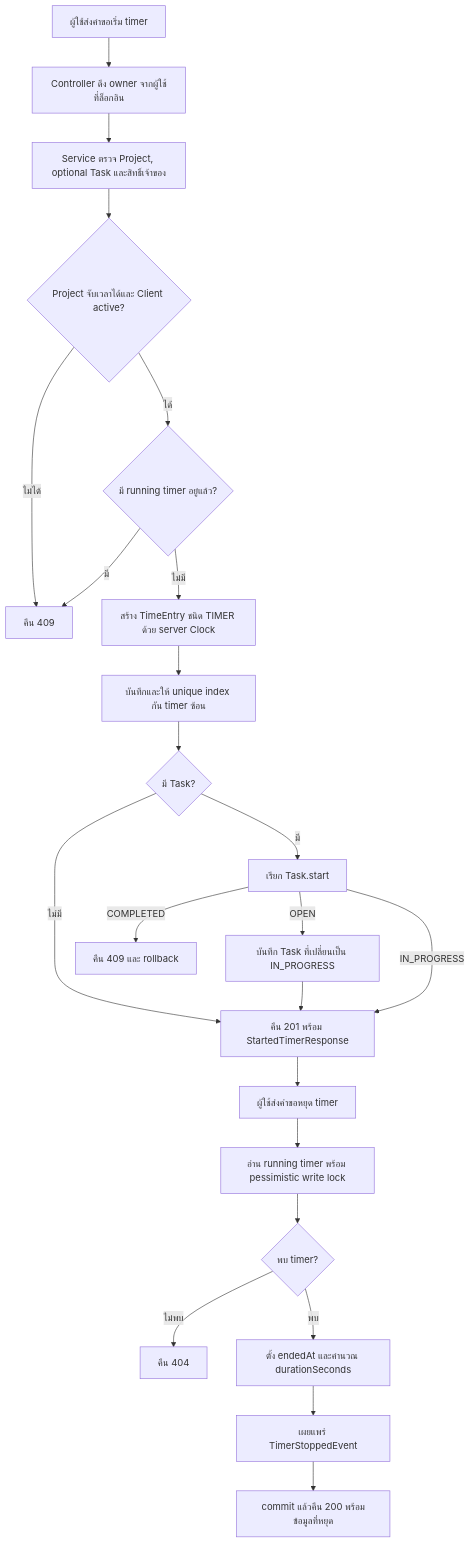
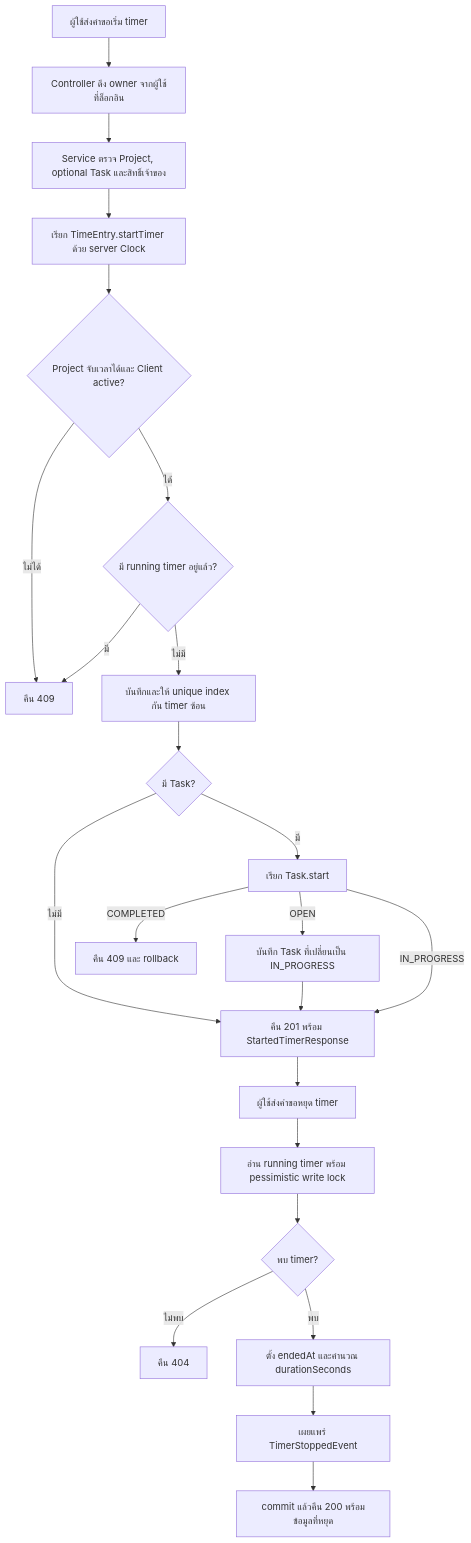
The second of 2 diagrams in doc/V1/DESIGN/kompat-design.md (lillianxhub/freelance-hub), drawn with Mermaid before and after one commit. The commit also changed 2 other files, not shown here.

Commit message:
doc: update time tracking documentation

````diff
--- a/doc/V1/DESIGN/kompat-design.md
+++ b/doc/V1/DESIGN/kompat-design.md
@@ -66,25 +66,25 @@
 ```mermaid
 flowchart TD
     A[ผู้ใช้ส่งคำขอเริ่ม timer] --> B[Controller ดึง owner จากผู้ใช้ที่ล็อกอิน]
     B --> C[Service ตรวจ Project, optional Task และสิทธิ์เจ้าของ]
-    C --> D{Project จับเวลาได้และ Client active?}
+    C --> G[เรียก TimeEntry.startTimer ด้วย server Clock]
+    G --> D{Project จับเวลาได้และ Client active?}
     D -- ไม่ได้ --> E[คืน 409]
     D -- ได้ --> F{มี running timer อยู่แล้ว?}
     F -- มี --> E
-    F -- ไม่มี --> G[สร้าง TimeEntry ชนิด TIMER ด้วย server Clock]
-    G --> H[บันทึกและให้ unique index กัน timer ซ้อน]
+    F -- ไม่มี --> H[บันทึกและให้ unique index กัน timer ซ้อน]
     H --> T{มี Task?}
     T -- ไม่มี --> I[คืน 201 พร้อม StartedTimerResponse]
     T -- มี --> U[เรียก Task.start]
     U -- COMPLETED --> E2[คืน 409 และ rollback]
     U -- OPEN --> V[บันทึก Task ที่เปลี่ยนเป็น IN_PROGRESS]
     U -- IN_PROGRESS --> I
     V --> I
     I --> J[ผู้ใช้ส่งคำขอหยุด timer]
     J --> K[อ่าน running timer พร้อม pessimistic write lock]
     K --> L{พบ timer?}
     L -- ไม่พบ --> M[คืน 404]
     L -- พบ --> N[ตั้ง endedAt และคำนวณ durationSeconds]
     N --> O[เผยแพร่ TimerStoppedEvent]
     O --> P[commit แล้วคืน 200 พร้อมข้อมูลที่หยุด]
 ```
````
